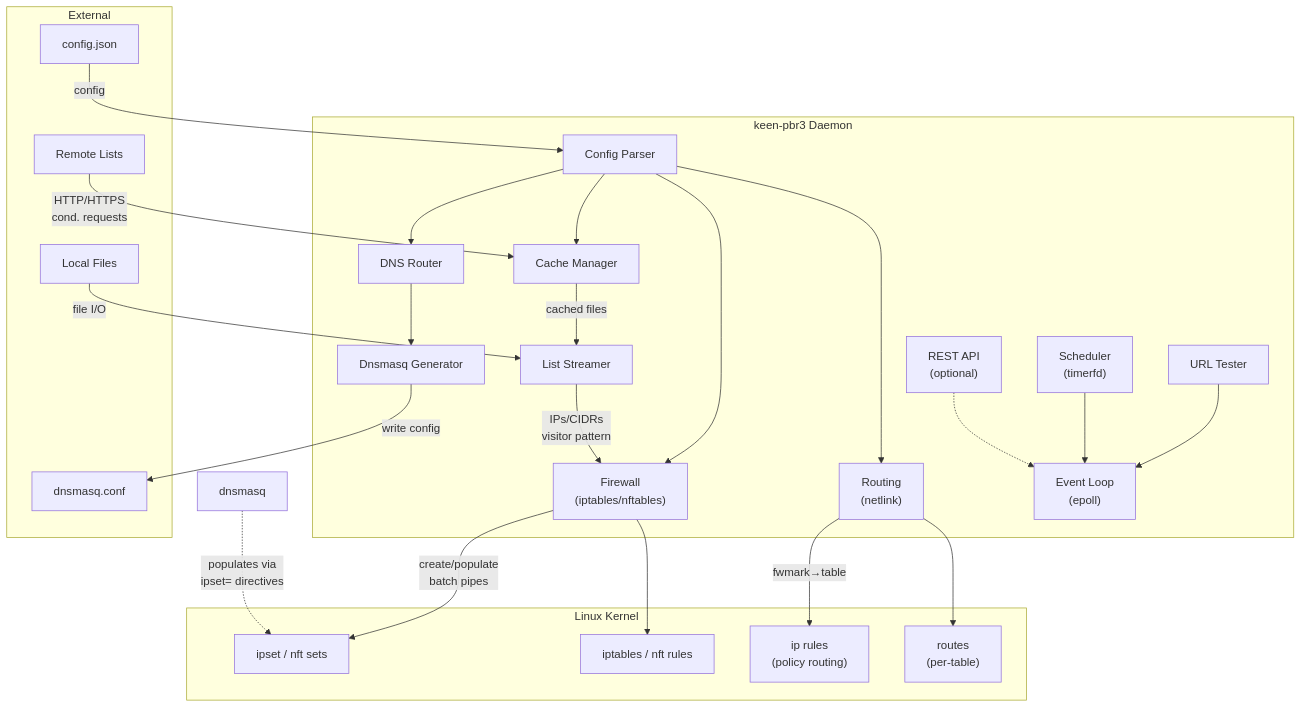
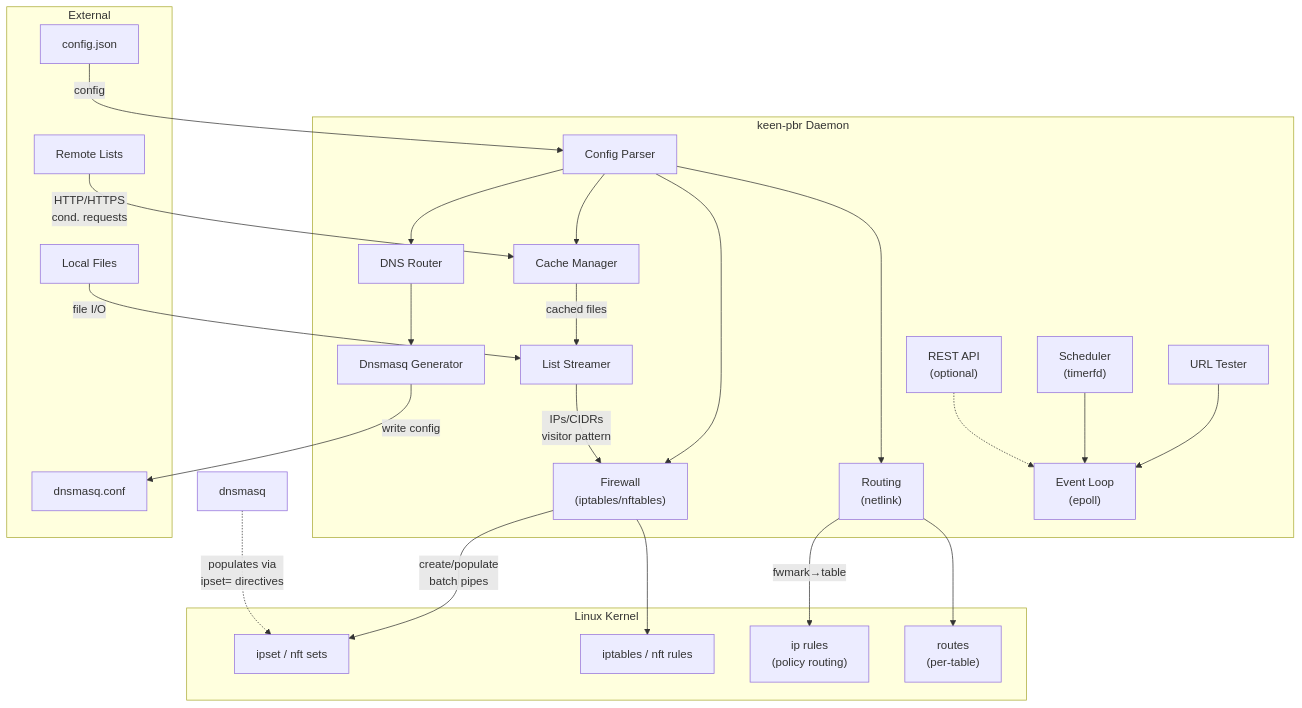
The first of 16 diagrams in STATE.md (maksimkurb/keen-pbr), drawn with Mermaid before and after one commit. The commit also changed other lines of this file and 102 other files, not shown here.

Commit message:
Rename keen-pbr3 references to keen-pbr

````diff
--- a/STATE.md
+++ b/STATE.md
@@ -48,57 +48,57 @@
 ```mermaid
 graph TB
-    subgraph "keen-pbr3 Daemon"
+    subgraph "keen-pbr Daemon"
         config["Config Parser"]
         cache["Cache Manager"]
         lists["List Streamer"]
         fw["Firewall<br/>(iptables/nftables)"]
         routing["Routing<br/>(netlink)"]
         health["URL Tester"]
         dns["DNS Router"]
         dnsmasq["Dnsmasq Generator"]
         daemon["Event Loop<br/>(epoll)"]
         scheduler["Scheduler<br/>(timerfd)"]
         api["REST API<br/>(optional)"]
     end
 
     subgraph "External"
         remote["Remote Lists"]
         local["Local Files"]
         configfile["config.json"]
         dnsmasqfile["dnsmasq.conf"]
     end
 
     subgraph "Linux Kernel"
         ipsets["ipset / nft sets"]
         rules["iptables / nft rules"]
         iprules["ip rules<br/>(policy routing)"]
         routes["routes<br/>(per-table)"]
     end
 
     dnsmasq_proc["dnsmasq"]
 
     configfile -->|config| config
     config --> cache
     config --> fw
     config --> routing
     config --> dns
 
     remote -->|HTTP/HTTPS<br/>cond. requests| cache
     local -->|file I/O| lists
     cache -->|cached files| lists
 
     lists -->|IPs/CIDRs<br/>visitor pattern| fw
     fw -->|create/populate<br/>batch pipes| ipsets
     fw --> rules
 
     routing -->|fwmark→table| iprules
     routing --> routes
 
     dns --> dnsmasq
     dnsmasq -->|write config| dnsmasqfile
     dnsmasq_proc -.->|populates via<br/>ipset= directives| ipsets
 
     health --> daemon
     scheduler --> daemon
     api -.-> daemon
 ```
````
